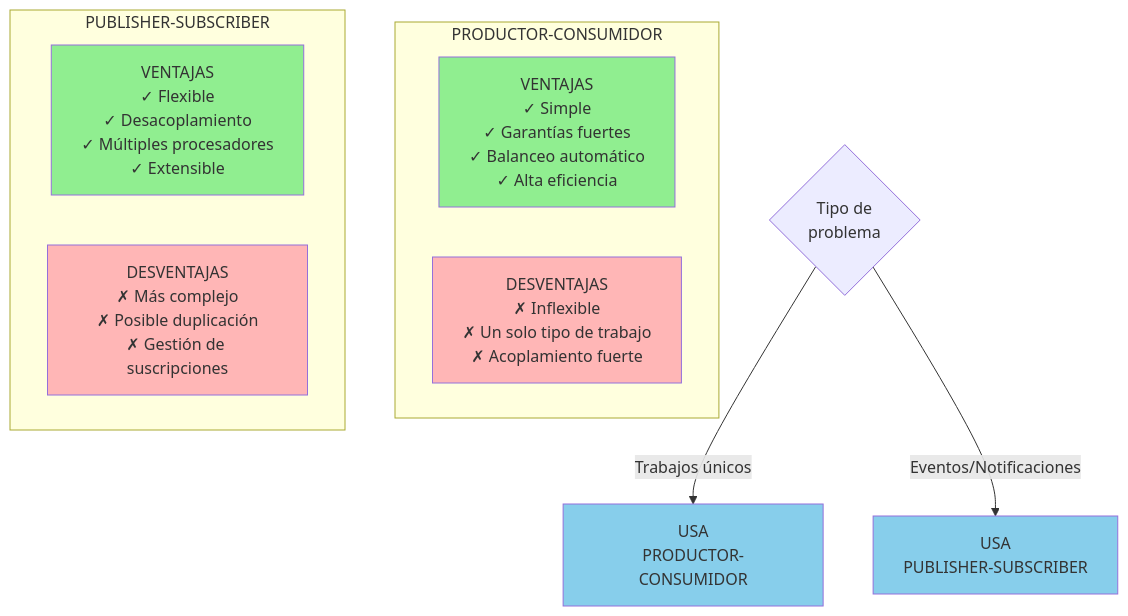
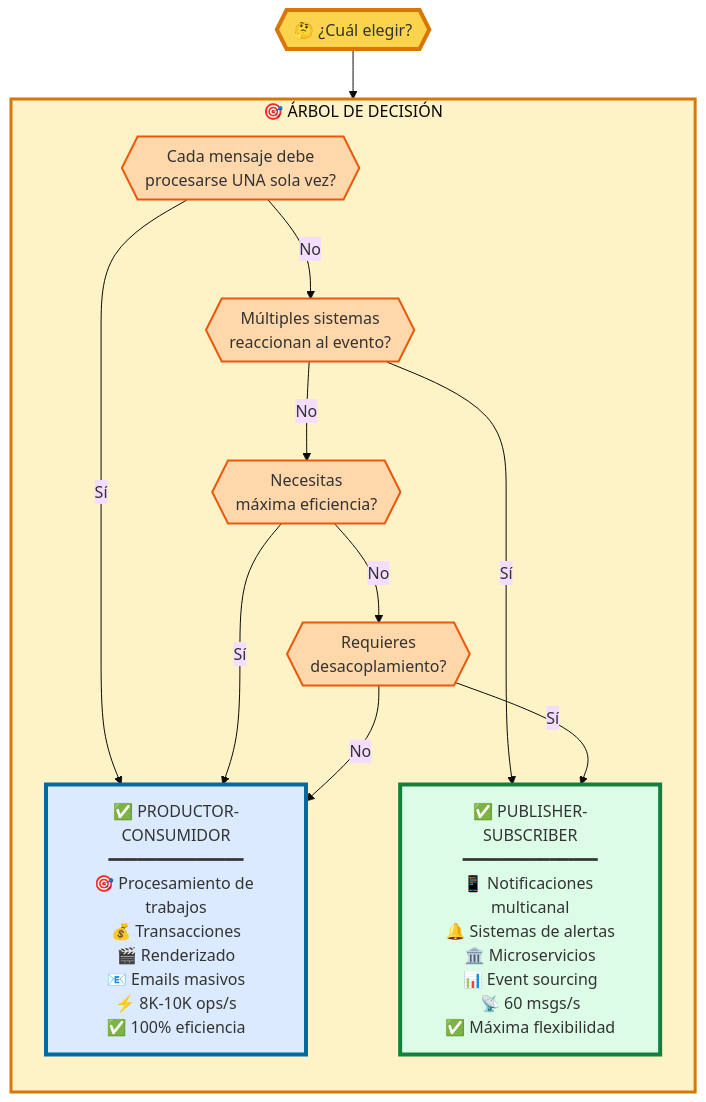
Diagram 15 of 15 in pub_sus/diagrama.md (Susch12/Distribuida), drawn with Mermaid before and after one commit. The commit also changed other lines of this file and 1 other file, not shown here.

````diff
--- a/pub_sus/diagrama.md
+++ b/pub_sus/diagrama.md
@@ -935,24 +1268,37 @@
 ```mermaid
+%%{init: {'theme':'base'}}%%
 graph TB
-    subgraph "PRODUCTOR-CONSUMIDOR"
-        PC_PROS["VENTAJAS<br/>✓ Simple<br/>✓ Garantías fuertes<br/>✓ Balanceo automático<br/>✓ Alta eficiencia"]
-        PC_CONS["DESVENTAJAS<br/>✗ Inflexible<br/>✗ Un solo tipo de trabajo<br/>✗ Acoplamiento fuerte"]
+    QUESTION{{"🤔 ¿Cuál elegir?"}}
+    
+    subgraph DECISION["🎯 ÁRBOL DE DECISIÓN"]
+        direction TB
+        
+        Q1{{"Cada mensaje debe<br/>procesarse UNA sola vez?"}}
+        Q2{{"Múltiples sistemas<br/>reaccionan al evento?"}}
+        Q3{{"Necesitas<br/>máxima eficiencia?"}}
+        Q4{{"Requieres<br/>desacoplamiento?"}}
+        
+        PC["✅ PRODUCTOR-CONSUMIDOR<br/>━━━━━━━━━━━━━━<br/>🎯 Procesamiento de trabajos<br/>💰 Transacciones<br/>🎬 Renderizado<br/>📧 Emails masivos<br/>⚡ 8K-10K ops/s<br/>✅ 100% eficiencia"]
+        
+        PS["✅ PUBLISHER-SUBSCRIBER<br/>━━━━━━━━━━━━━━<br/>📱 Notificaciones multicanal<br/>🔔 Sistemas de alertas<br/>🏛️ Microservicios<br/>📊 Event sourcing<br/>📡 60 msgs/s<br/>✅ Máxima flexibilidad"]
     end
     
-    subgraph "PUBLISHER-SUBSCRIBER"
-        PS_PROS["VENTAJAS<br/>✓ Flexible<br/>✓ Desacoplamiento<br/>✓ Múltiples procesadores<br/>✓ Extensible"]
-        PS_CONS["DESVENTAJAS<br/>✗ Más complejo<br/>✗ Posible duplicación<br/>✗ Gestión de suscripciones"]
-    end
+    QUESTION --> Q1
+    Q1 -->|"Sí"| PC
+    Q1 -->|"No"| Q2
+    Q2 -->|"Sí"| PS
+    Q2 -->|"No"| Q3
+    Q3 -->|"Sí"| PC
+    Q3 -->|"No"| Q4
+    Q4 -->|"Sí"| PS
+    Q4 -->|"No"| PC
     
-    DECISION{Tipo de<br/>problema}
-    
-    DECISION -->|Trabajos únicos| PC_USE["USA<br/>PRODUCTOR-CONSUMIDOR"]
-    DECISION -->|Eventos/Notificaciones| PS_USE["USA<br/>PUBLISHER-SUBSCRIBER"]
-    
-    style PC_PROS fill:#90EE90
-    style PS_PROS fill:#90EE90
-    style PC_CONS fill:#FFB6B6
-    style PS_CONS fill:#FFB6B6
-    style PC_USE fill:#87CEEB
-    style PS_USE fill:#87CEEB
+    style QUESTION fill:#fcd34d,stroke:#d97706,stroke-width:4px
+    style DECISION fill:#fef3c7,stroke:#d97706,stroke-width:3px
+    style Q1 fill:#fed7aa,stroke:#ea580c,stroke-width:2px
+    style Q2 fill:#fed7aa,stroke:#ea580c,stroke-width:2px
+    style Q3 fill:#fed7aa,stroke:#ea580c,stroke-width:2px
+    style Q4 fill:#fed7aa,stroke:#ea580c,stroke-width:2px
+    style PC fill:#dbeafe,stroke:#0369a1,stroke-width:4px
+    style PS fill:#dcfce7,stroke:#15803d,stroke-width:4px
 ```
````
